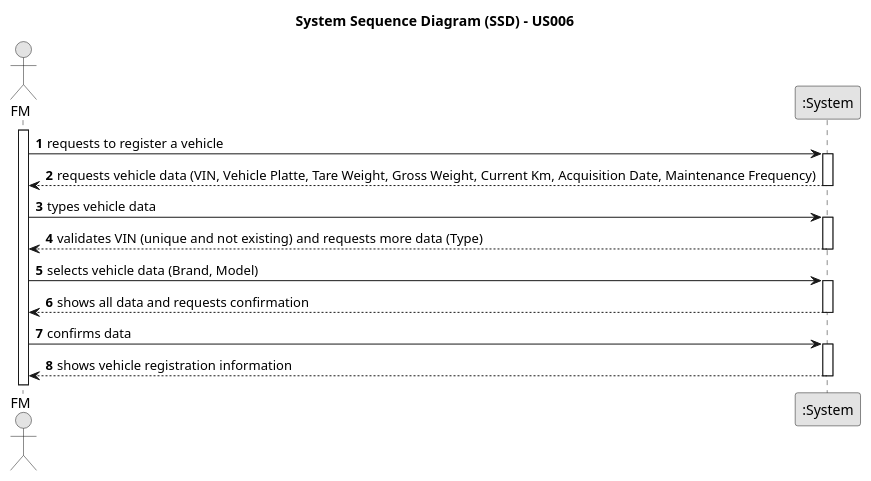
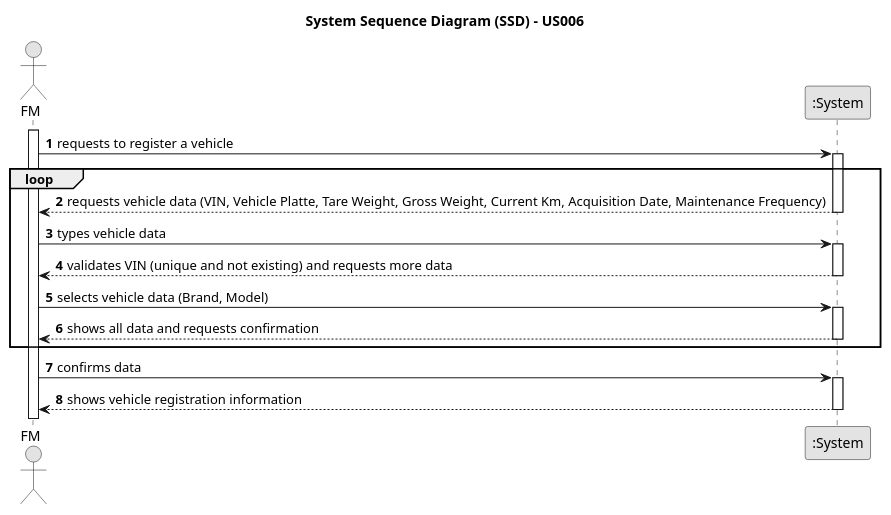
One commit to ricardomm7/leaflink changed the diagram in docs/sprintA/us006/01.requirements-engineering/puml/us006-system-sequence-diagram-alternative-one.puml. Above: the diagram before and after it, drawn with PlantUML. The commit also changed 7 other files, not shown here.

```diff
--- a/docs/sprintA/us006/01.requirements-engineering/puml/us006-system-sequence-diagram-alternative-one.puml
+++ b/docs/sprintA/us006/01.requirements-engineering/puml/us006-system-sequence-diagram-alternative-one.puml
@@ -1,39 +1,39 @@
 @startuml
 skinparam monochrome true
 skinparam packageStyle rectangle
 skinparam shadowing false
 
 title System Sequence Diagram (SSD) - US006
 
 autonumber
 
 actor "FM" as FM
 participant ":System" as System
 
 activate FM
 
     FM -> System : requests to register a vehicle
     activate System
-
+loop
         System --> FM : requests vehicle data (VIN, Vehicle Platte, Tare Weight, Gross Weight, Current Km, Acquisition Date, Maintenance Frequency)
     deactivate System
 
     FM -> System : types vehicle data
     activate System
 
-        System --> FM : validates VIN (unique and not existing) and requests more data (Type)
+        System --> FM : validates VIN (unique and not existing) and requests more data
     deactivate System
 
     FM -> System : selects vehicle data (Brand, Model)
         activate System
 
         System --> FM : shows all data and requests confirmation
     deactivate System
-
+end
     FM -> System : confirms data
     activate System
 
         System --> FM :  shows vehicle registration information
     deactivate System
 
 @enduml
```
